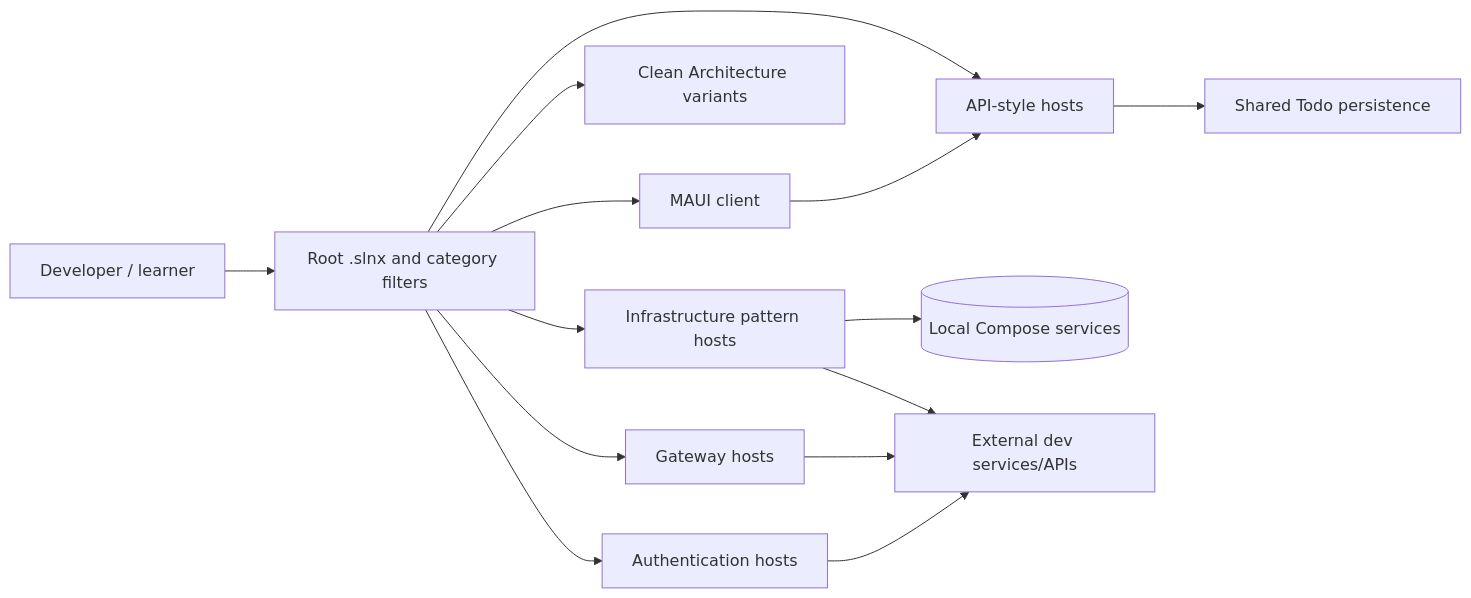
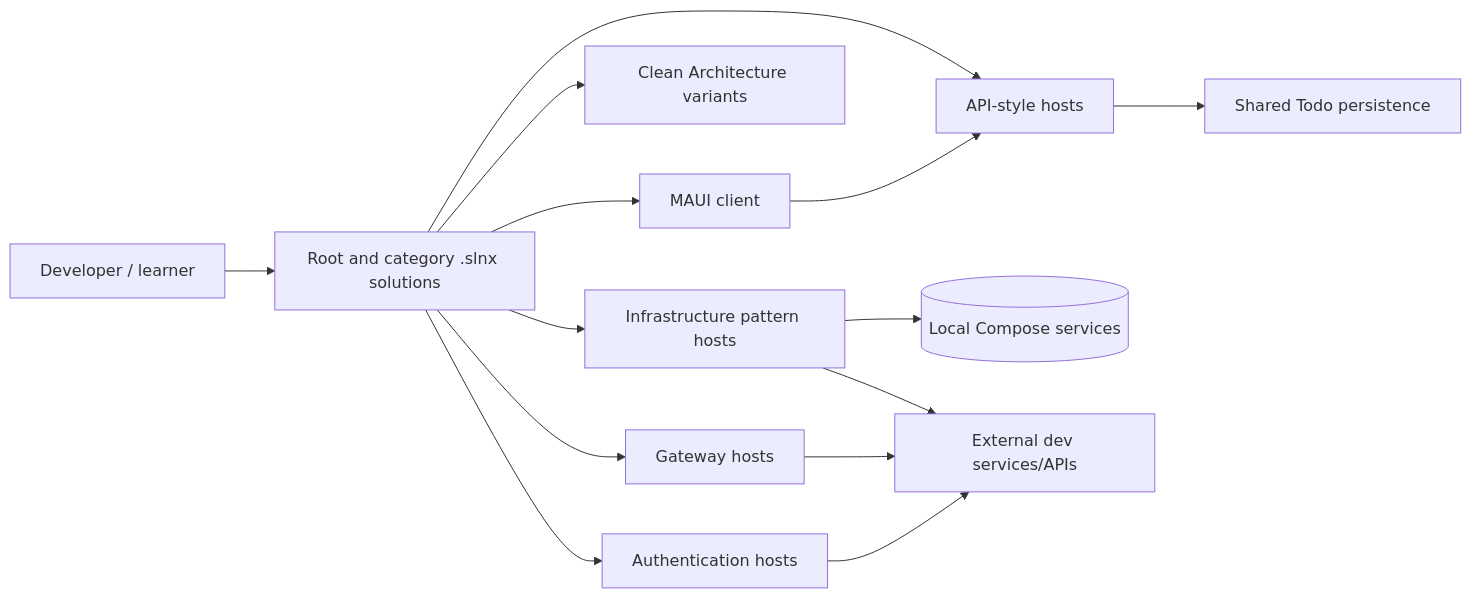
Before and after one commit to VishwamKumar/zenvera.dotnet-examples: the diagram in docs/architecture/c4/level-2-container.md, drawn with Mermaid. The commit also changed other lines of this file and 196 other files, not shown here.

````diff
--- a/docs/architecture/c4/level-2-container.md
+++ b/docs/architecture/c4/level-2-container.md
@@ -5,28 +5,28 @@
 ```mermaid
 flowchart LR
   Learner[Developer / learner]
-  Solution[Root .slnx and category filters]
+  Solution[Root and category .slnx solutions]
   Api[API-style hosts]
   Auth[Authentication hosts]
   Arch[Clean Architecture variants]
   Infra[Infrastructure pattern hosts]
   Gateway[Gateway hosts]
   UI[MAUI client]
   Shared[Shared Todo persistence]
   Local[(Local Compose services)]
   External[External dev services/APIs]
 
   Learner --> Solution
   Solution --> Api
   Solution --> Auth
   Solution --> Arch
   Solution --> Infra
   Solution --> Gateway
   Solution --> UI
   Api --> Shared
   UI --> Api
   Infra --> Local
   Infra --> External
   Gateway --> External
   Auth --> External
 ```
````
